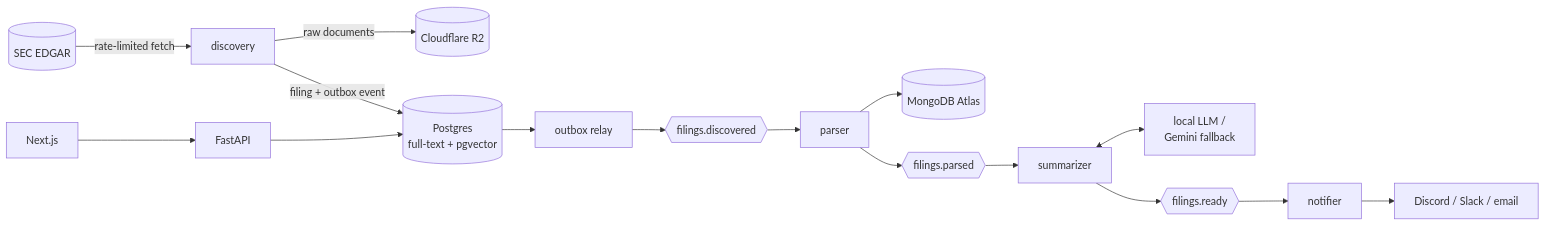
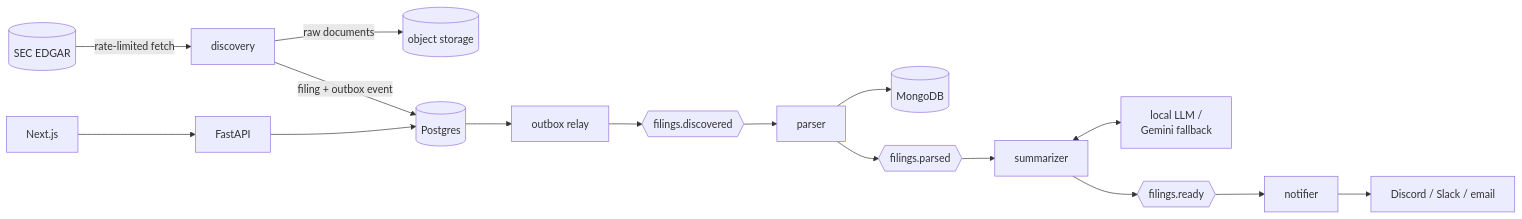
Before and after one commit to asood8/SEC-filings-pipeline: the diagram in README.md, drawn with Mermaid. The commit also changed other lines of this file and 60 other files, not shown here.

````diff
--- a/README.md
+++ b/README.md
@@ -16,18 +58,18 @@
 ```mermaid
 flowchart LR
   SEC[(SEC EDGAR)] -->|rate-limited fetch| D[discovery]
-  D -->|raw documents| R2[(Cloudflare R2)]
-  D -->|filing + outbox event| PG[(Postgres<br/>full-text + pgvector)]
+  D -->|raw documents| R2[(object storage)]
+  D -->|filing + outbox event| PG[(Postgres)]
   PG --> OR[outbox relay]
   OR --> T1{{filings.discovered}}
   T1 --> P[parser]
-  P --> M[(MongoDB Atlas)]
+  P --> M[(MongoDB)]
   P --> T2{{filings.parsed}}
   T2 --> S[summarizer]
   S <--> LLM[local LLM /<br/>Gemini fallback]
   S --> T3{{filings.ready}}
   T3 --> N[notifier]
   N --> CH[Discord / Slack / email]
   WEB[Next.js] --> API[FastAPI]
   API --> PG
 ```
````
